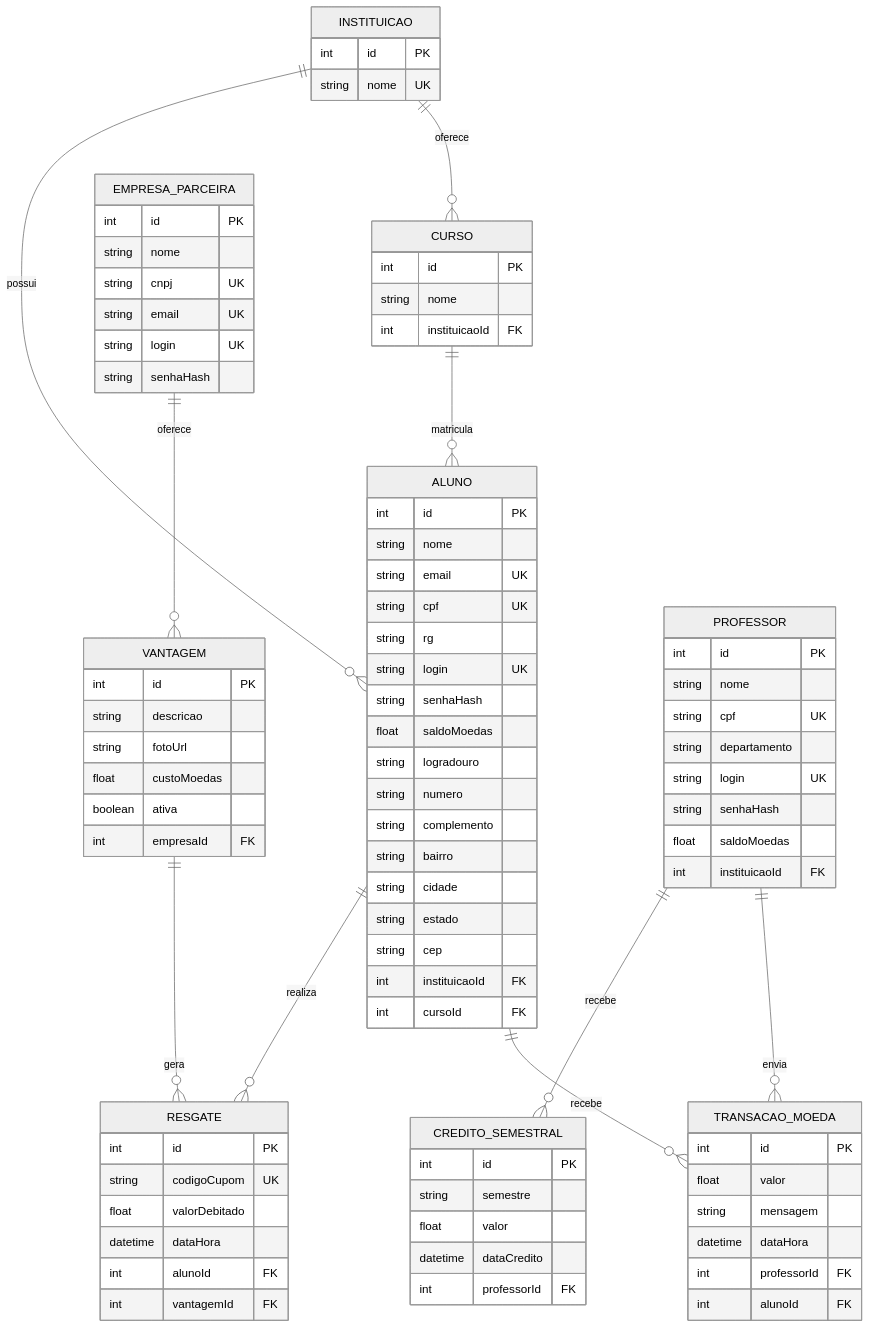
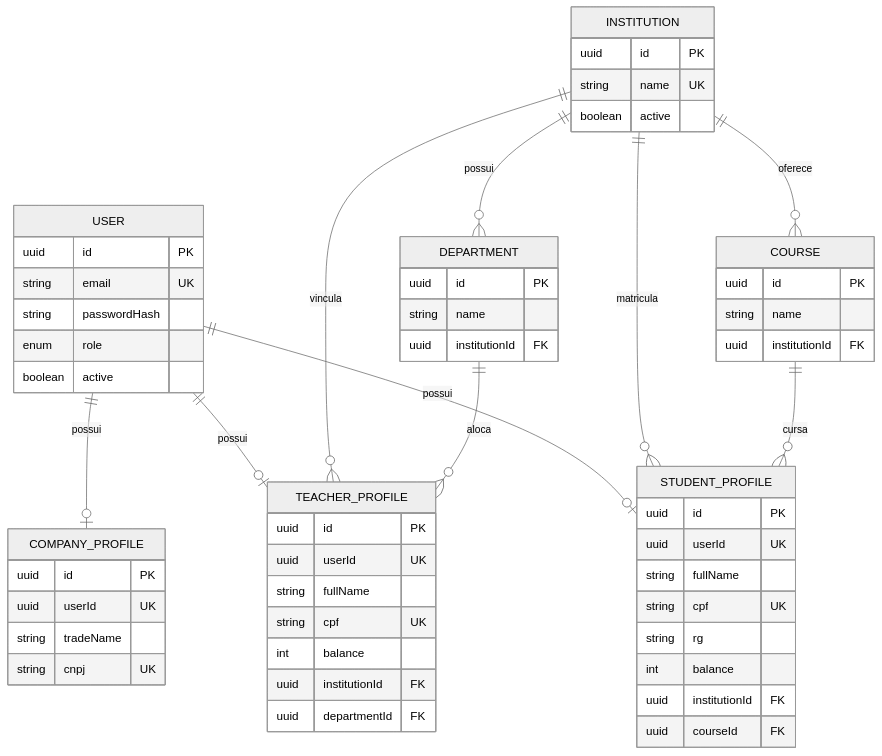
One commit to arthurfons/MeritCoin changed the diagram in docs/sprint2/mer.md. Above: the diagram before and after it, drawn with Mermaid (neutral theme). The commit also changed other lines of this file and 72 other files, not shown here.

First line of the commit message:
feat(sprint2): PostgreSQL, JWT/RBAC e CRUDs Aluno/Empresa integrados

````diff
--- a/docs/sprint2/mer.md
+++ b/docs/sprint2/mer.md
@@ -7,98 +5,66 @@
 ```mermaid
 erDiagram
-  INSTITUICAO ||--o{ CURSO : oferece
-  INSTITUICAO ||--o{ ALUNO : possui
-  CURSO ||--o{ ALUNO : matricula
-  EMPRESA_PARCEIRA ||--o{ VANTAGEM : oferece
-  PROFESSOR ||--o{ TRANSACAO_MOEDA : envia
-  ALUNO ||--o{ TRANSACAO_MOEDA : recebe
-  ALUNO ||--o{ RESGATE : realiza
-  VANTAGEM ||--o{ RESGATE : gera
-  PROFESSOR ||--o{ CREDITO_SEMESTRAL : recebe
+  USER ||--o| STUDENT_PROFILE : possui
+  USER ||--o| TEACHER_PROFILE : possui
+  USER ||--o| COMPANY_PROFILE : possui
+  INSTITUTION ||--o{ COURSE : oferece
+  INSTITUTION ||--o{ DEPARTMENT : possui
+  INSTITUTION ||--o{ STUDENT_PROFILE : matricula
+  INSTITUTION ||--o{ TEACHER_PROFILE : vincula
+  DEPARTMENT ||--o{ TEACHER_PROFILE : aloca
+  COURSE ||--o{ STUDENT_PROFILE : cursa
 
-  INSTITUICAO {
-    int id PK
-    string nome UK
+  USER {
+    uuid id PK
+    string email UK
+    string passwordHash
+    enum role
+    boolean active
   }
 
-  CURSO {
-    int id PK
-    string nome
-    int instituicaoId FK
+  STUDENT_PROFILE {
+    uuid id PK
+    uuid userId UK
+    string fullName
+    string cpf UK
+    string rg
+    int balance
+    uuid institutionId FK
+    uuid courseId FK
   }
 
-  ALUNO {
-    int id PK
-    string nome
-    string email UK
+  TEACHER_PROFILE {
+    uuid id PK
+    uuid userId UK
+    string fullName
     string cpf UK
-    string rg
-    string login UK
-    string senhaHash
-    float saldoMoedas
-    string logradouro
-    string numero
-    string complemento
-    string bairro
-    string cidade
-    string estado
-    string cep
-    int instituicaoId FK
-    int cursoId FK
+    int balance
+    uuid institutionId FK
+    uuid departmentId FK
   }
 
-  EMPRESA_PARCEIRA {
-    int id PK
-    string nome
+  COMPANY_PROFILE {
+    uuid id PK
+    uuid userId UK
+    string tradeName
     string cnpj UK
-    string email UK
-    string login UK
-    string senhaHash
   }
 
-  PROFESSOR {
-    int id PK
-    string nome
-    string cpf UK
-    string departamento
-    string login UK
-    string senhaHash
-    float saldoMoedas
-    int instituicaoId FK
+  INSTITUTION {
+    uuid id PK
+    string name UK
+    boolean active
   }
 
-  VANTAGEM {
-    int id PK
-    string descricao
-    string fotoUrl
-    float custoMoedas
-    boolean ativa
-    int empresaId FK
+  COURSE {
+    uuid id PK
+    string name
+    uuid institutionId FK
   }
 
-  TRANSACAO_MOEDA {
-    int id PK
-    float valor
-    string mensagem
-    datetime dataHora
-    int professorId FK
-    int alunoId FK
-  }
-
-  RESGATE {
-    int id PK
-    string codigoCupom UK
-    float valorDebitado
-    datetime dataHora
-    int alunoId FK
-    int vantagemId FK
-  }
-
-  CREDITO_SEMESTRAL {
-    int id PK
-    string semestre
-    float valor
-    datetime dataCredito
-    int professorId FK
+  DEPARTMENT {
+    uuid id PK
+    string name
+    uuid institutionId FK
   }
 ```
````
